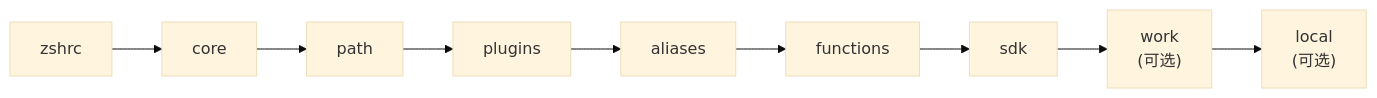
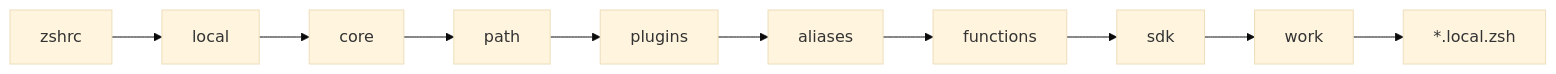
The third of 3 diagrams in README.md (ArnoFrost/ADotFiles), drawn with Mermaid (base theme) before and after one commit. The commit also changed other lines of this file and 8 other files, not shown here.

````diff
--- a/README.md
+++ b/README.md
@@ -120,6 +121,6 @@
 ```mermaid
 flowchart LR
-    A["zshrc"] --> B["core"] --> C["path"] --> D["plugins"]
-    D --> E["aliases"] --> F["functions"] --> G["sdk"]
-    G --> H["work<br/>(可选)"] --> I["local<br/>(可选)"]
+    A["zshrc"] --> B["local"] --> C["core"] --> D["path"]
+    D --> E["plugins"] --> F["aliases"] --> G["functions"]
+    G --> H["sdk"] --> I["work"] --> J["*.local.zsh"]
 ```
````
